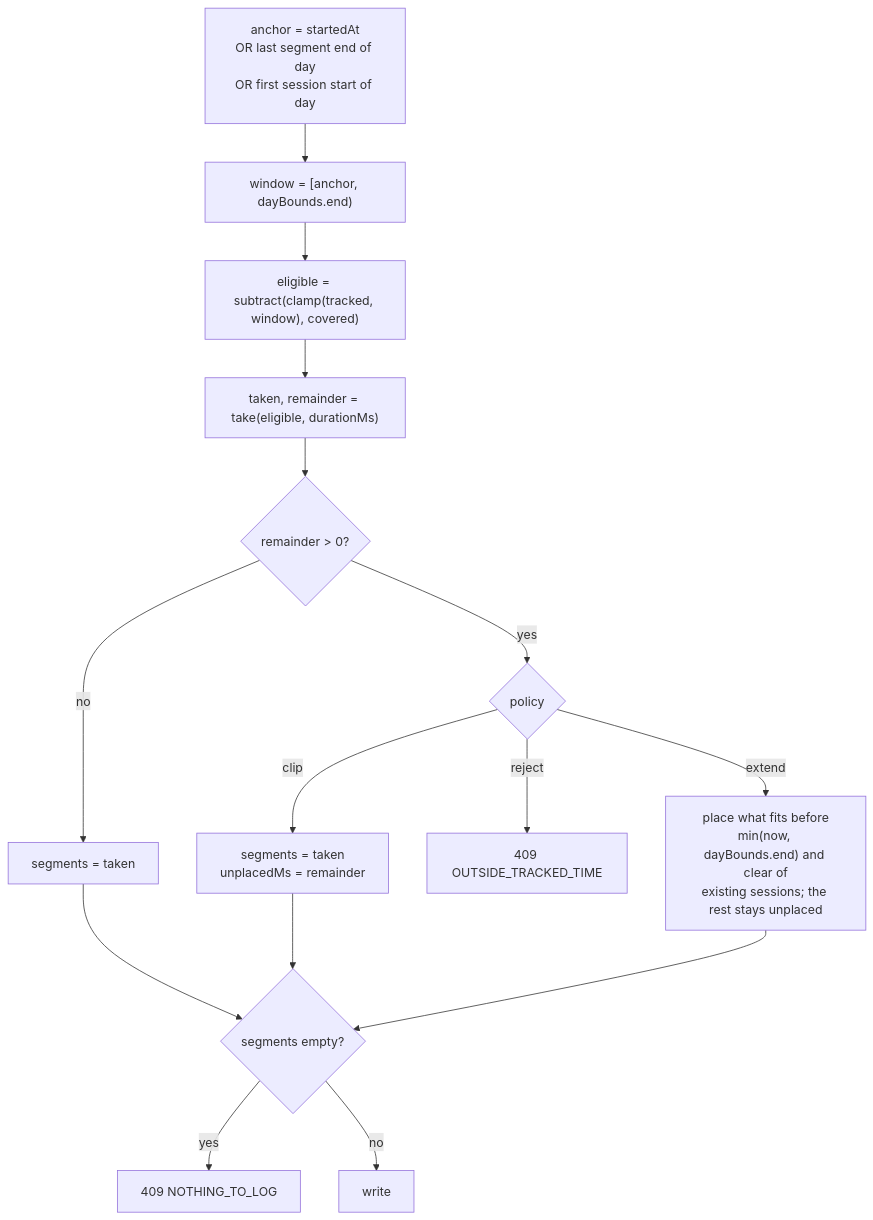
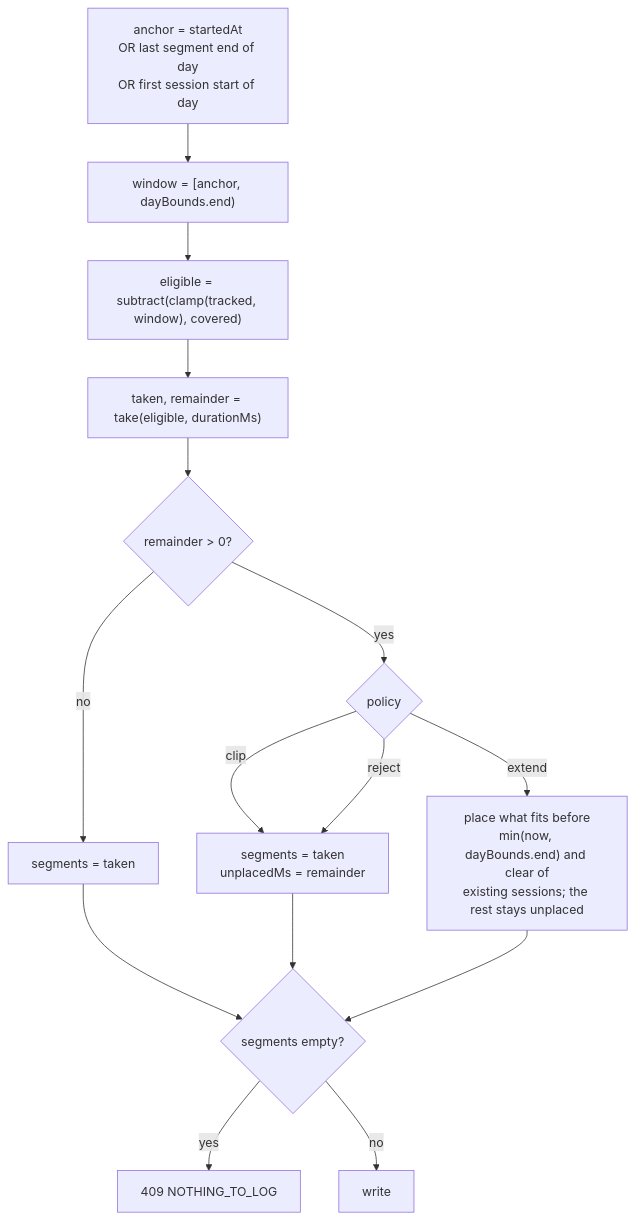
The fourth of 5 diagrams in .kiro/specs/001-worklog-domain-api/design.md (mjablecnik/WorkLog), drawn with Mermaid before and after one commit. The commit also changed other lines of this file and 12 other files, not shown here.

````diff
--- a/.kiro/specs/001-worklog-domain-api/design.md
+++ b/.kiro/specs/001-worklog-domain-api/design.md
@@ -106,17 +106,17 @@
 ```mermaid
 flowchart TD
     A["anchor = startedAt<br/>OR last segment end of day<br/>OR first session start of day"] --> B["window = [anchor, dayBounds.end)"]
     B --> C["eligible = subtract(clamp(tracked, window), covered)"]
     C --> D["taken, remainder = take(eligible, durationMs)"]
     D --> E{remainder > 0?}
     E -->|no| F["segments = taken"]
     E -->|yes| G{policy}
     G -->|clip| H["segments = taken<br/>unplacedMs = remainder"]
-    G -->|reject| I["409 OUTSIDE_TRACKED_TIME"]
+    G -->|reject| H
     G -->|extend| J["place what fits before<br/>min(now, dayBounds.end) and clear of<br/>existing sessions; the rest stays unplaced"]
     F --> K{"segments empty?"}
     H --> K
     J --> K
     K -->|yes| L["409 NOTHING_TO_LOG"]
     K -->|no| M["write"]
 ```
````
